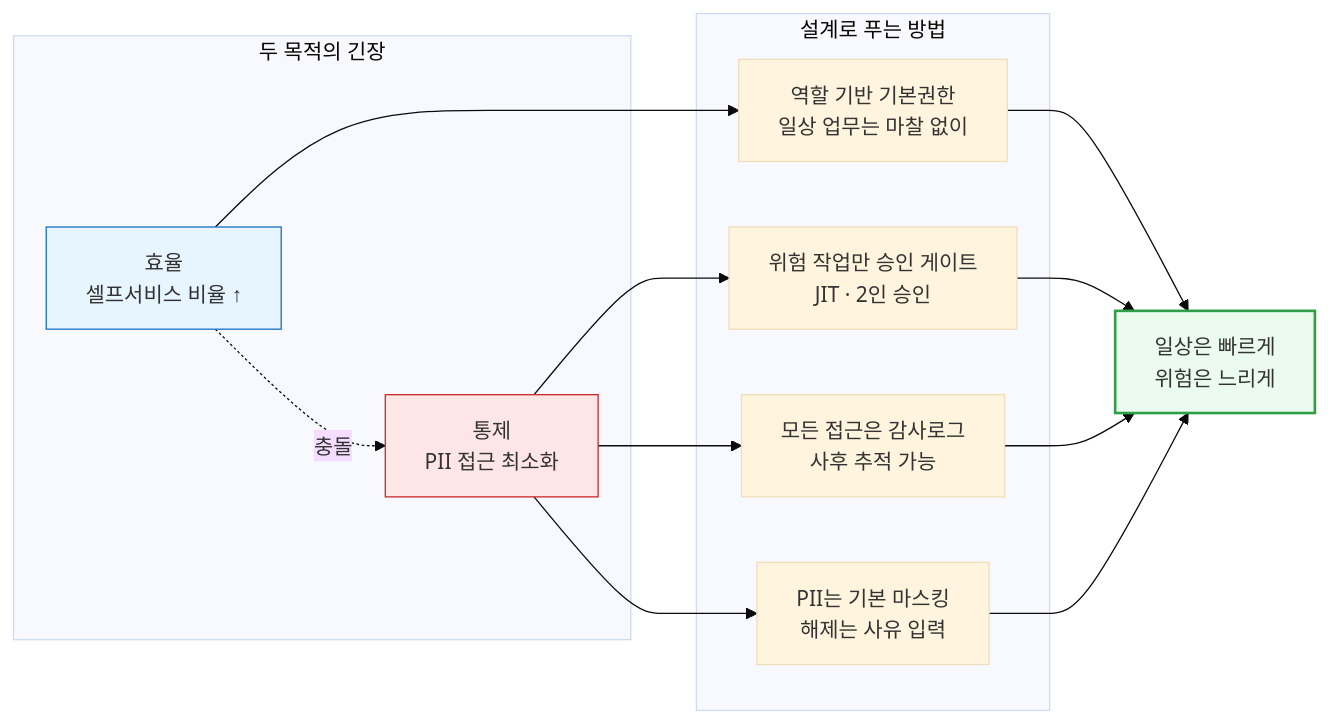
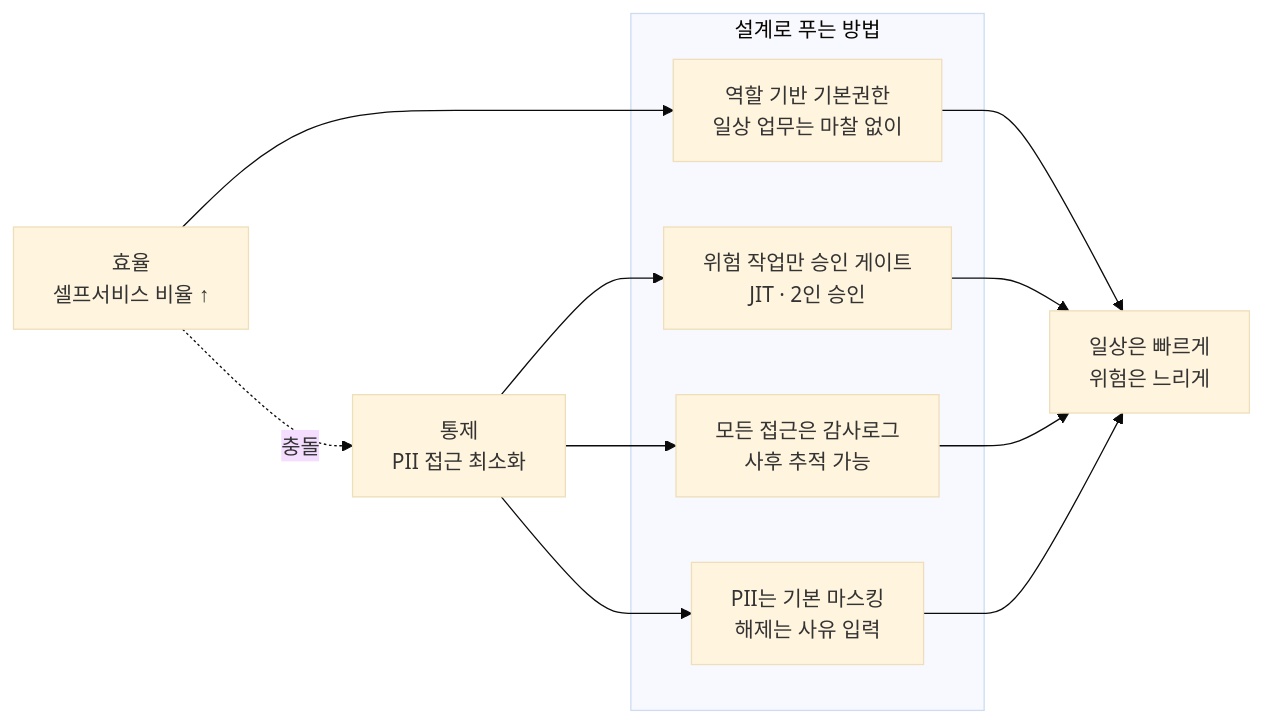
The first of 13 diagrams in pages/product-lead-loadmap/03_공통어드민.md (withwooyong/withwooyong.github.io), drawn with Mermaid (base theme) before and after one commit. The commit also changed other lines of this file and 16 other files, not shown here.

````diff
--- a/pages/product-lead-loadmap/03_공통어드민.md
+++ b/pages/product-lead-loadmap/03_공통어드민.md
@@ -47,29 +53,23 @@
 ```mermaid
 flowchart LR
-    subgraph GOAL["두 목적의 긴장"]
-        E["효율<br/>셀프서비스 비율 ↑"]
-        C["통제<br/>PII 접근 최소화"]
-    end
+    E["효율<br/>셀프서비스 비율 ↑"]
+    C["통제<br/>PII 접근 최소화"]
 
     E -.충돌.-> C
 
     subgraph SOL["설계로 푸는 방법"]
         S1["역할 기반 기본권한<br/>일상 업무는 마찰 없이"]
         S2["위험 작업만 승인 게이트<br/>JIT · 2인 승인"]
         S3["모든 접근은 감사로그<br/>사후 추적 가능"]
         S4["PII는 기본 마스킹<br/>해제는 사유 입력"]
     end
 
     E --> S1
     C --> S2
     C --> S3
     C --> S4
     S1 --> BAL["일상은 빠르게<br/>위험은 느리게"]
     S2 --> BAL
     S3 --> BAL
     S4 --> BAL
-
-    style BAL fill:#ebfbee,stroke:#2f9e44,stroke-width:2px
-    style E fill:#e7f5ff,stroke:#1971c2
-    style C fill:#ffe6e6,stroke:#c92a2a
 ```
````
